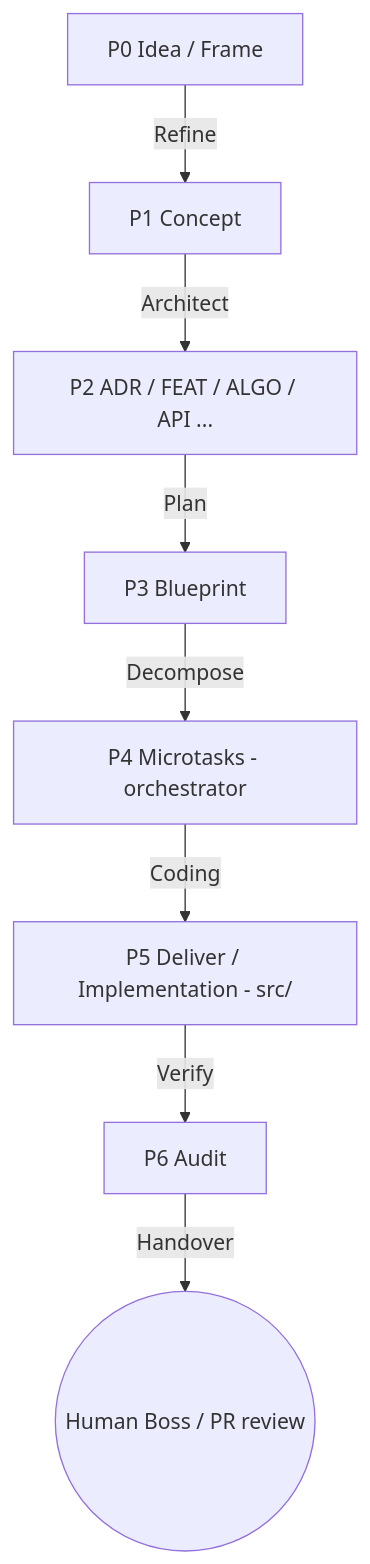
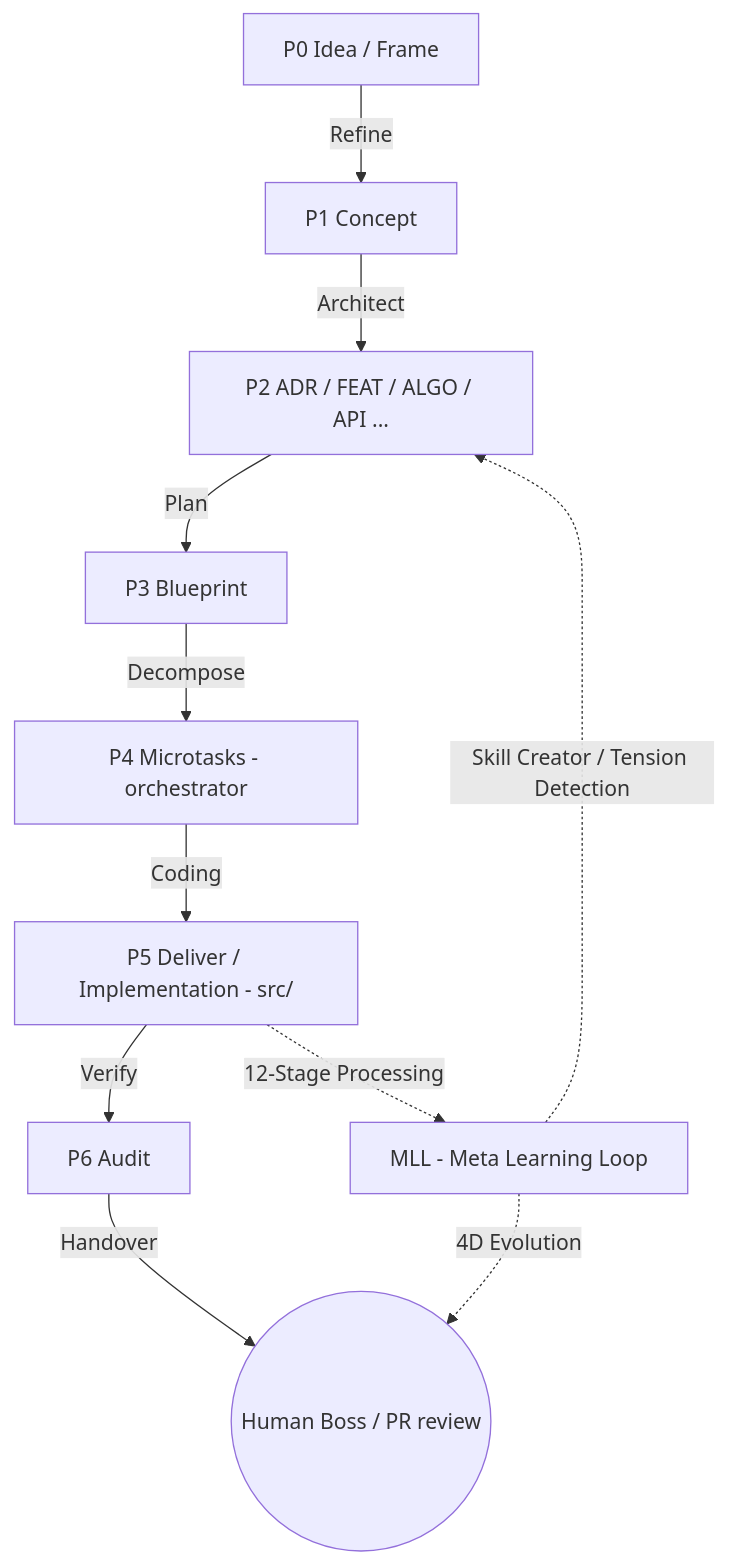
Before and after one commit to Freshair129/msp: the diagram in FRAMEWORK_MASTER_SPEC.md, drawn with Mermaid. The commit also changed other lines of this file and 75 other files, not shown here.

First line of the commit message:
feat(stream-b): atom-templates v2.3 + skill-creator + Meta-Learning-Loop (#104)

````diff
--- a/FRAMEWORK_MASTER_SPEC.md
+++ b/FRAMEWORK_MASTER_SPEC.md
@@ -515,10 +515,15 @@
 ```mermaid
 graph TD
     P0[P0 Idea / Frame] -->|Refine| P1[P1 Concept]
     P1 -->|Architect| P2[P2 ADR / FEAT / ALGO / API ...]
     P2 -->|Plan| P3[P3 Blueprint]
     P3 -->|Decompose| P4[P4 Microtasks - orchestrator]
     P4 -->|Coding| P5[P5 Deliver / Implementation - src/]
     P5 -->|Verify| P6[P6 Audit]
     P6 -->|Handover| Boss((Human Boss / PR review))
+    
+    %% The MLL Loop (Reverse Path)
+    P5 -.->|12-Stage Processing| MLL[MLL - Meta Learning Loop]
+    MLL -.->|Skill Creator / Tension Detection| P2
+    MLL -.->|4D Evolution| Boss
 ```
````
